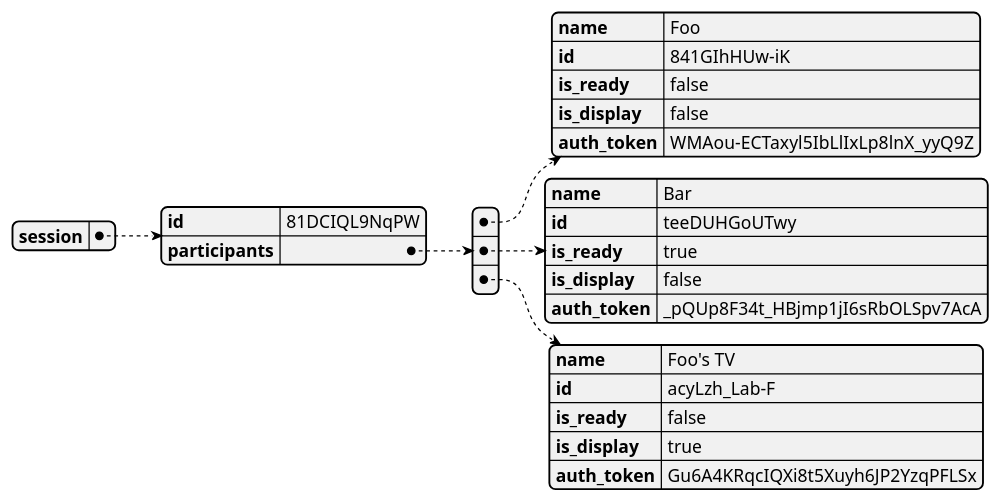
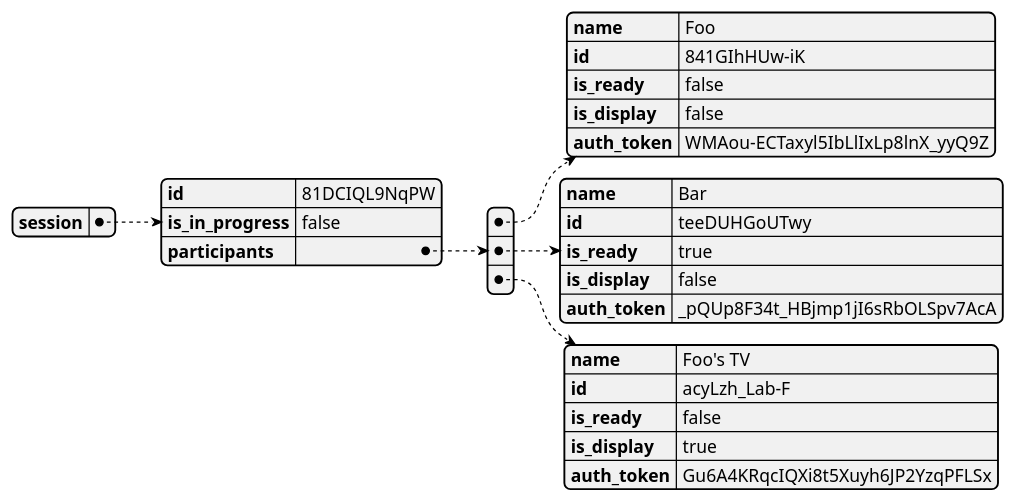
Before and after one commit to foxssake/dumber-dungeons: the fourth of 4 diagrams in docs/devdocs/17-connection-sequence.md, drawn with PlantUML. The commit also changed other lines of this file, not shown here.

````diff
--- a/docs/devdocs/17-connection-sequence.md
+++ b/docs/devdocs/17-connection-sequence.md
@@ -161,22 +163,23 @@
 ```puml
 @startyaml
 session:
   id: 81DCIQL9NqPW
+  is_in_progress: false
   participants:
     - name: Foo
       id: 841GIhHUw-iK
       is_ready: false
       is_display: false
       auth_token: WMAou-ECTaxyl5IbLlIxLp8lnX_yyQ9Z
     - name: Bar
       id: teeDUHGoUTwy
       is_ready: true
       is_display: false
       auth_token: _pQUp8F34t_HBjmp1jI6sRbOLSpv7AcA
     - name: Foo's TV
       id: acyLzh_Lab-F
       is_ready: false
       is_display: true
       auth_token: Gu6A4KRqcIQXi8t5Xuyh6JP2YzqPFLSx
 @endyaml
 ```
````
